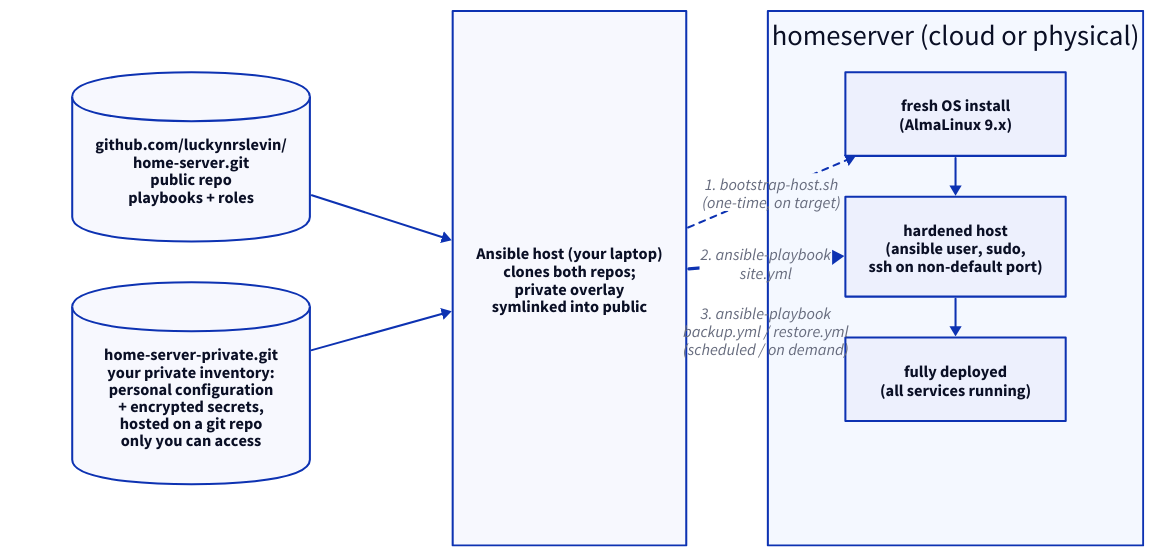
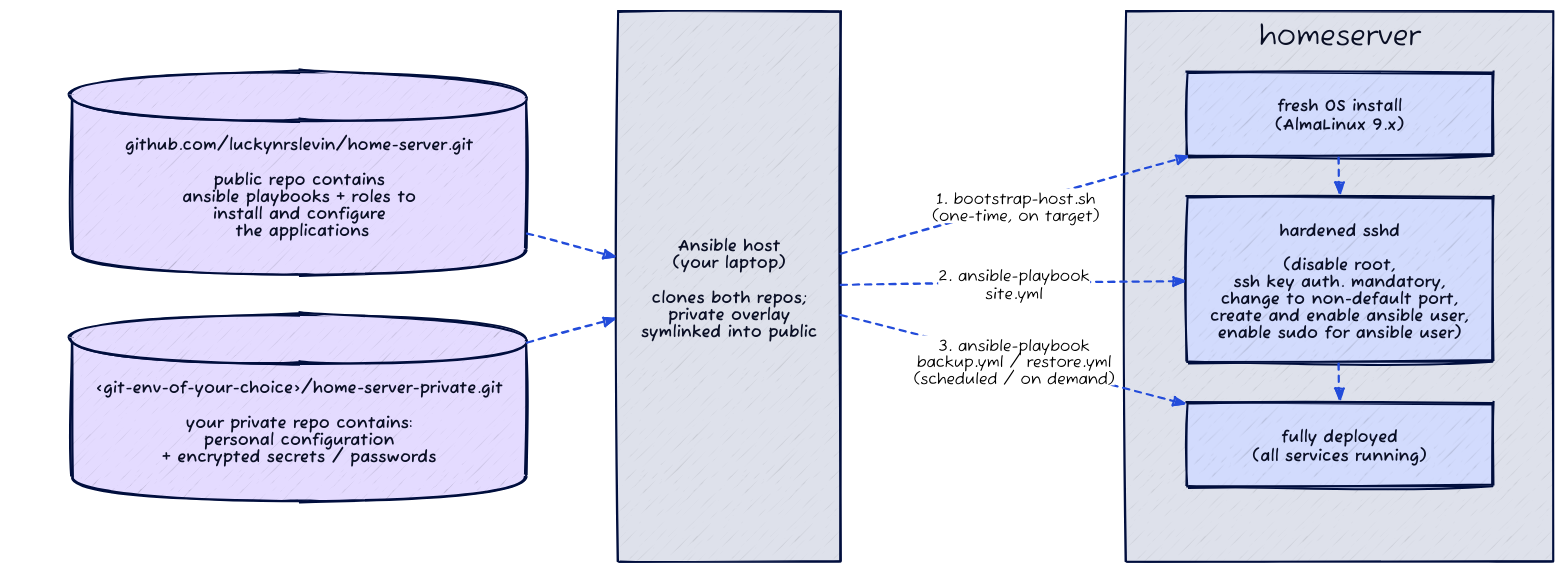
One commit to luckynrslevin/home-server changed the diagram in docs/diagrams/automation.d2. Above: the diagram before and after it, drawn with D2. The commit also changed 6 other files, not shown here.

```diff
--- a/docs/diagrams/automation.d2
+++ b/docs/diagrams/automation.d2
@@ -1,45 +1,112 @@
 # Automation perspective: who does what, in which order, to bring a
 # fresh box up to a fully-deployed homeserver.
 #
 # Render: d2 docs/diagrams/automation.d2 docs/diagrams/automation.svg
 
 # Top-level 3-column grid forces repos | laptop | target left-to-right
 # regardless of edge directions (which would otherwise pull target below
 # laptop because of the back-edges from laptop to target.*).
-grid-columns: 3
-horizontal-gap: 80
+vars: {
+  d2-config: {
+    theme-id: 3 # terrastruct
+    sketch: true
+    layout-engine: elk
+  }
+  colors: {
+    c2: "#C7F1FF" # light turkuaz
+    c3: "#B5AFF6" # dark purple
+    c4: "#DEE1EB" # gray
+    c5: "#88DCF7" # turkuaz
+    c6: "#E4DBFE" # purple
+  }
+}
+
+grid-columns: 4
+horizontal-gap: 30
 
 repos: "" {
   style.opacity: 0
   style.fill: "#ffffff"
   grid-rows: 2
 
-  pubrepo: "github.com/luckynrslevin/\nhome-server.git\npublic repo\nplaybooks + roles" {
+  pubrepo: "github.com/luckynrslevin/home-server.git\n\npublic repo contains\nansible playbooks + roles to\ninstall and configure\n the applications" {
     shape: cylinder
   }
 
-  privrepo: "home-server-private.git\nyour private inventory:\npersonal configuration\n+ encrypted secrets,\nhosted on a git repo\nonly you can access" {
+  privrepo: "<git-env-of-your-choice>/home-server-private.git\n\nyour private repo contains:\npersonal configuration\n+ encrypted secrets / passwords" {
     shape: cylinder
   }
 }
 
-laptop: "Ansible host (your laptop)\nclones both repos;\nprivate overlay\nsymlinked into public"
+laptop: "Ansible host\n(your laptop)\n\nclones both repos;\nprivate overlay\nsymlinked into public" {
+  style.fill: ${colors.c4}
+}
 
-target: "homeserver (cloud or physical)" {
+spacer: "" {
+  style.opacity: 0
+  style.fill: "#ffffff"
+  width: 220
+}
+
+target: "homeserver" {
   label.near: top-center
   grid-columns: 1
-  style.fill: "#f4f8ff"
+  style.fill: ${colors.c4}
 
   fresh: "fresh OS install\n(AlmaLinux 9.x)"
-  hardened: "hardened host\n(ansible user, sudo,\nssh on non-default port)"
+  hardened: "hardened sshd\n\n(disable root,\nssh key auth. mandatory,\nchange to non-default port,\ncreate and enable ansible user,\nenable sudo for ansible user)"
   deployed: "fully deployed\n(all services running)"
 }
 
-repos.pubrepo -> laptop
-repos.privrepo -> laptop
+repos.pubrepo -> laptop {
+  style: {
+    stroke-dash: 3
+    animated: true
+  }
+}
+repos.privrepo -> laptop {
+  style: {
+    stroke-dash: 3
+    animated: true
+  }
+}
 
-laptop -> target.fresh: "1. bootstrap-host.sh\n(one-time, on target)" { style.stroke-dash: 3 }
-target.fresh -> target.hardened
-laptop -> target.hardened: "2. ansible-playbook\nsite.yml" { style.stroke-width: 3 }
-target.hardened -> target.deployed
-laptop -> target.deployed: "3. ansible-playbook\nbackup.yml / restore.yml\n(scheduled / on demand)" { style.stroke-dash: 3 }
+laptop -> target.fresh: "1. bootstrap-host.sh\n(one-time, on target)" {
+    style: {
+    stroke-dash: 3
+    font-color: black
+    animated: true
+    font-size: 15
+  }
+}
+
+target.fresh -> target.hardened {
+  style: {
+    stroke-dash: 3
+    animated: true
+  }
+}
+laptop -> target.hardened: "2. ansible-playbook\nsite.yml" {
+  style: {
+    stroke-dash: 3
+    font-color: black
+    animated: true
+    font-size: 15
+  }
+}
+
+target.hardened -> target.deployed {
+  style: {
+    stroke-dash: 3
+    animated: true
+  }
+}
+
+laptop -> target.deployed: "3. ansible-playbook\nbackup.yml / restore.yml\n(scheduled / on demand)" {
+  style: {
+    stroke-dash: 3
+    font-color: black
+    animated: true
+    font-size: 15
+  }
+}
```
